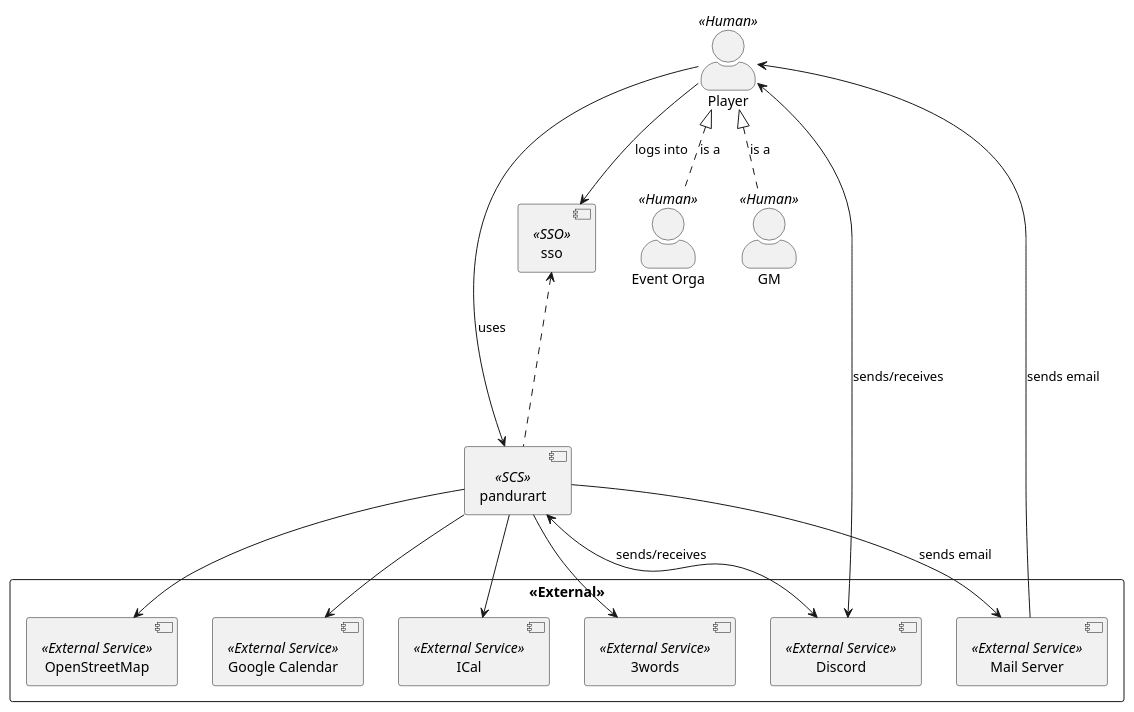
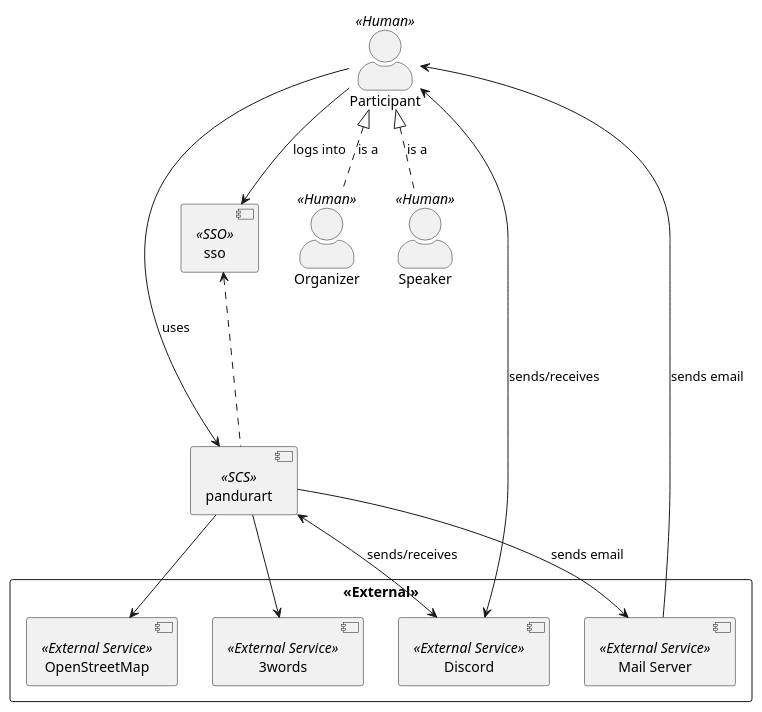
Before and after one commit to Paladins-Inn/pandurart: the first of 4 diagrams in docs/modules/arc42/pages/03_system_scope_and_context/business-context.adoc, drawn with PlantUML. The commit also changed other lines of this file and 47 other files, not shown here.

```diff
--- a/docs/modules/arc42/pages/03_system_scope_and_context/business-context.adoc
+++ b/docs/modules/arc42/pages/03_system_scope_and_context/business-context.adoc
@@ -6,43 +6,39 @@
 [plantuml,business-context,svg]
 ----
 @startuml
 skinparam actorStyle awesome
 
 together {
-  :Event Orga: as orga << Human >>
-  :Player: as player << Human >>
-  :GM: as gm << Human >>
+  :Organizer: as orga << Human >>
+  :Speaker: as speaker << Human >>
+  :Participant: as participant << Human >>
 }
 
 rectangle <<External>> {
   [Discord] as discord << External Service >>
-  [Google Calendar] as gcal << External Service >>
-  [ICal] as ical << External Service >>
   [3words] as what3words << External Service >>
   [OpenStreetMap] as osm << External Service >>
   [Mail Server] as mail << External Service >>
 }
 
 
-gm    .u.|> player : is a
-orga  .u.|> player : is a
+speaker    .u.|> participant : is a
+orga  .u.|> participant : is a
 
 [pandurart] <<SCS>> as service
 [sso] <<SSO>> as sso
 
-player <--> discord : sends/receives
-player --> service : uses
-player --> sso : logs into
+participant <--> discord : sends/receives
+participant --> service : uses
+participant --> sso : logs into
 
 service <--> discord : sends/receives
-service --> gcal
-service --> ical
 service --> what3words
 service --> osm
 
 mail <-- service : sends email
-mail --> player : sends email
+mail --> participant : sends email
 
 sso <-.- service
 @enduml
 ----
```
